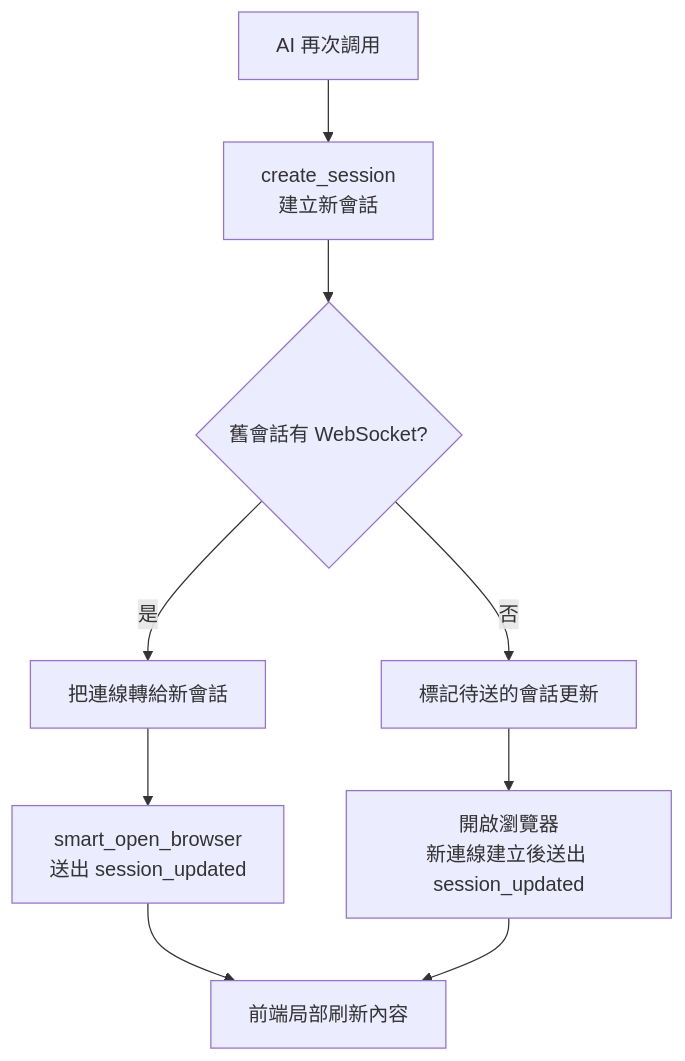
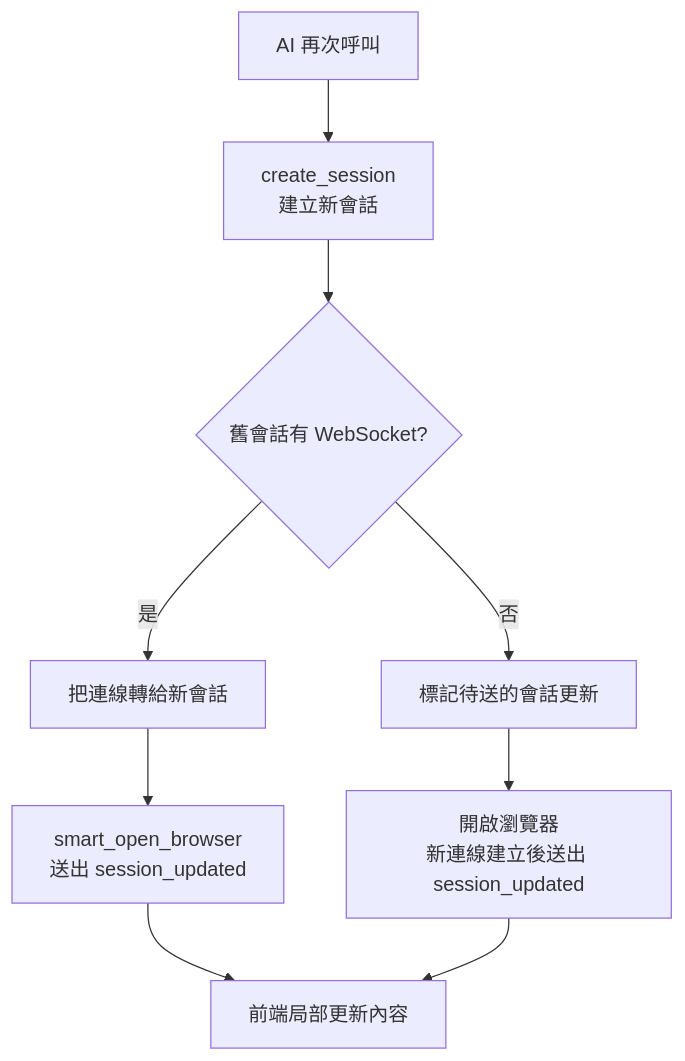
The fifth of 12 diagrams in docs/architecture/interaction-flows.md (CloudEngineHub/mcp-feedback-enhanced), drawn with Mermaid before and after one commit. The commit also changed other lines of this file, not shown here.

````diff
--- a/docs/architecture/interaction-flows.md
+++ b/docs/architecture/interaction-flows.md
@@ -268,11 +268,11 @@
 ```mermaid
 flowchart TD
-    CALL[AI 再次調用] --> CREATE[create_session<br/>建立新會話]
+    CALL[AI 再次呼叫] --> CREATE[create_session<br/>建立新會話]
     CREATE --> OLD{舊會話有 WebSocket?}
     OLD -->|是| TRANSFER[把連線轉給新會話]
     OLD -->|否| PENDING[標記待送的會話更新]
     TRANSFER --> NOTIFY[smart_open_browser<br/>送出 session_updated]
     PENDING --> OPEN[開啟瀏覽器<br/>新連線建立後送出 session_updated]
-    NOTIFY --> REFRESH[前端局部刷新內容]
+    NOTIFY --> REFRESH[前端局部更新內容]
     OPEN --> REFRESH
 ```
````
